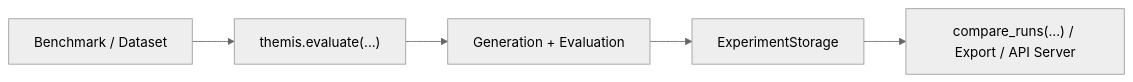
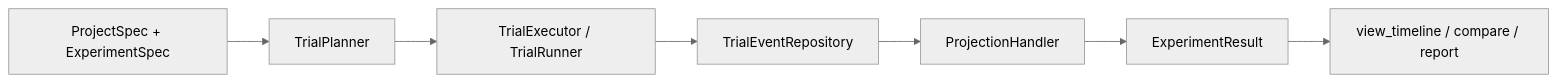
Before and after one commit to Pittawat2542/themis: the diagram in docs/index.md, drawn with Mermaid (neutral theme). The commit also changed other lines of this file and 550 other files, not shown here.

````diff
--- a/docs/index.md
+++ b/docs/index.md
@@ -45,7 +55,9 @@
 ```mermaid
 flowchart LR
-    A["Benchmark / Dataset"] --> B["themis.evaluate(...)"]
-    B --> C["Generation + Evaluation"]
-    C --> D["ExperimentStorage"]
-    D --> E["compare_runs(...) / Export / API Server"]
+    A["ProjectSpec + ExperimentSpec"] --> B["TrialPlanner"]
+    B --> C["TrialExecutor / TrialRunner"]
+    C --> D["TrialEventRepository"]
+    D --> E["ProjectionHandler"]
+    E --> F["ExperimentResult"]
+    F --> G["view_timeline / compare / report"]
 ```
````
